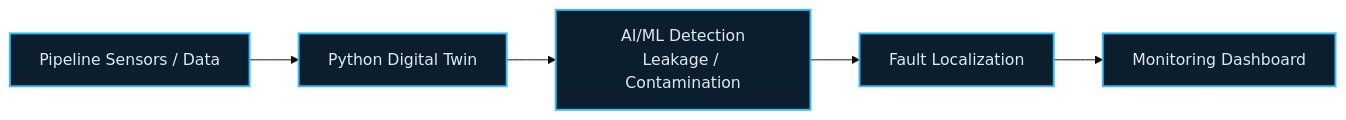
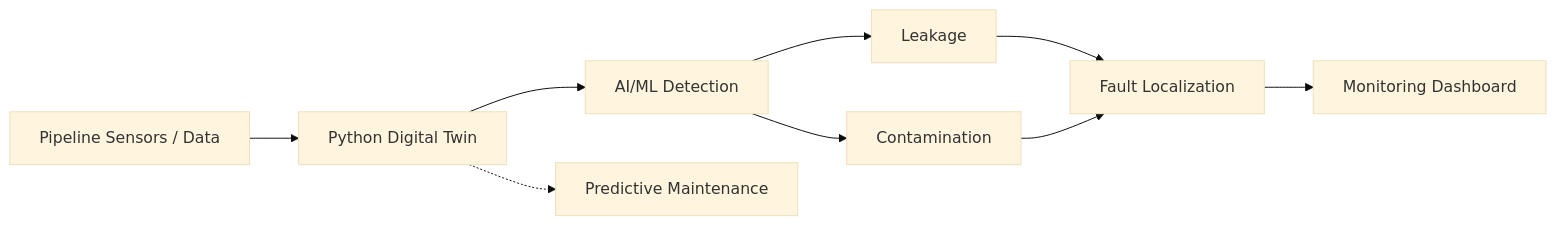
The fifth of 9 diagrams in README.md (03-sakshi/03-sakshi), drawn with Mermaid (base theme) before and after one commit. The commit also changed other lines of this file, not shown here.

````diff
--- a/README.md
+++ b/README.md
@@ -311,9 +129,11 @@
 ```mermaid
 flowchart LR
     A["Pipeline Sensors / Data"] --> B["Python Digital Twin"]
-    B --> C["AI/ML Detection<br/>Leakage / Contamination"]
-    C --> D["Fault Localization"]
-    D --> E["Monitoring Dashboard"]
-    classDef n fill:#0b1e2d,stroke:#38bdf8,stroke-width:2px,color:#e2e8f0;
-    class A,B,C,D,E n;
+    B --> C["AI/ML Detection"]
+    C --> L["Leakage"]
+    C --> K["Contamination"]
+    L --> F["Fault Localization"]
+    K --> F
+    F --> M["Monitoring Dashboard"]
+    B -.-> PM["Predictive Maintenance"]
 ```
````
